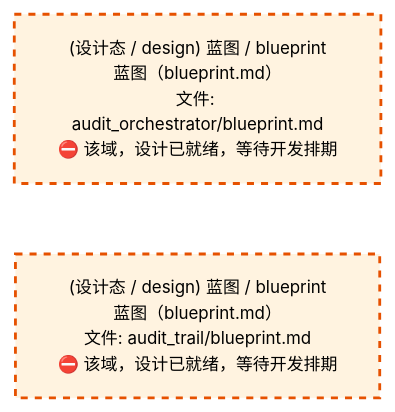
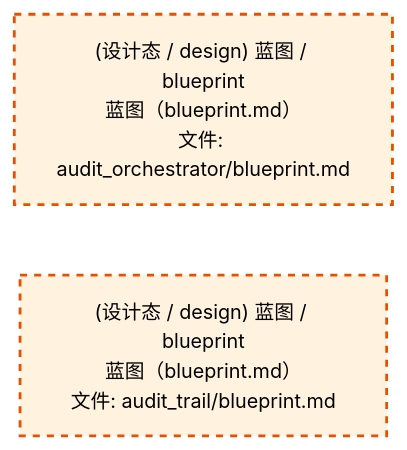
One commit to xuanFelixVan/ZephyrAlpha changed the third of 4 diagrams in docs/02_enterprise_architecture/02_domain_architecture_docs/50_d_gov_audit.md. Above: the diagram before and after it, drawn with Mermaid. The commit also changed other lines of this file and 61 other files, not shown here.

````diff
--- a/docs/02_enterprise_architecture/02_domain_architecture_docs/50_d_gov_audit.md
+++ b/docs/02_enterprise_architecture/02_domain_architecture_docs/50_d_gov_audit.md
@@ -806,12 +806,12 @@
 ```mermaid
-%%{init: {'theme': 'base', 'themeVariables': {'primaryColor': '#eaeaea', 'primaryTextColor': '#333333', 'primaryBorderColor': '#666666', 'lineColor': '#666666', 'secondaryColor': '#eaeaea', 'tertiaryColor': '#eaeaea', 'fontSize': '12px'}}}%%
+%%{init: {'theme': 'base', 'themeVariables': {'primaryColor': '#eaeaea', 'primaryTextColor': '#333333', 'primaryBorderColor': '#666666', 'lineColor': '#666666', 'secondaryColor': '#eaeaea', 'tertiaryColor': '#eaeaea', 'fontSize': '14px'}}}%%
 flowchart TD
-    docs_03_modules_cross_layer_audit_orchestrator_blueprint_md["(设计态 / design) 蓝图 / blueprint<br/>蓝图（blueprint.md）<br/>文件: audit_orchestrator/blueprint.md<br/>⛔ 该域，设计已就绪，等待开发排期"]
-    docs_03_modules_domain_governance_audit_trail_blueprint_md["(设计态 / design) 蓝图 / blueprint<br/>蓝图（blueprint.md）<br/>文件: audit_trail/blueprint.md<br/>⛔ 该域，设计已就绪，等待开发排期"]
+    docs_03_modules_cross_layer_audit_orchestrator_blueprint_md["(设计态 / design) 蓝图 / blueprint<br/>蓝图（blueprint.md）<br/>文件: audit_orchestrator/blueprint.md"]
+    docs_03_modules_domain_governance_audit_trail_blueprint_md["(设计态 / design) 蓝图 / blueprint<br/>蓝图（blueprint.md）<br/>文件: audit_trail/blueprint.md"]
     docs_03_modules_cross_layer_audit_orchestrator_blueprint_md ~~~ docs_03_modules_domain_governance_audit_trail_blueprint_md
     classDef production fill:#e1f5fe,stroke:#01579b,stroke-width:2px,color:#000
     classDef design fill:#fff3e0,stroke:#e65100,stroke-width:2px,color:#000,stroke-dasharray: 5 5
     classDef external_prod fill:#e8f4fd,stroke:#0277bd,stroke-width:1px,color:#000
     classDef external_design fill:#fff8e7,stroke:#ef6c00,stroke-width:1px,color:#000,stroke-dasharray: 5 5
     class docs_03_modules_cross_layer_audit_orchestrator_blueprint_md,docs_03_modules_domain_governance_audit_trail_blueprint_md design
 ```
````
